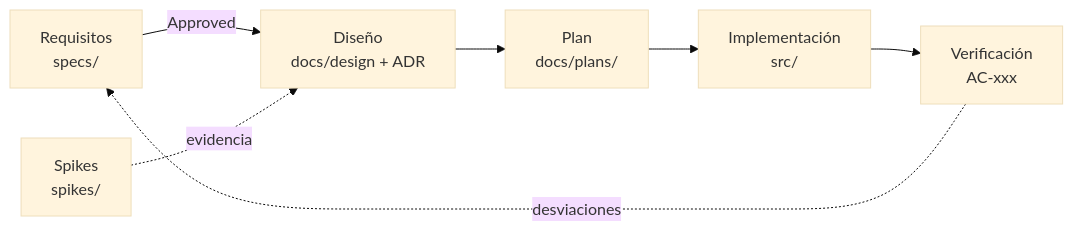
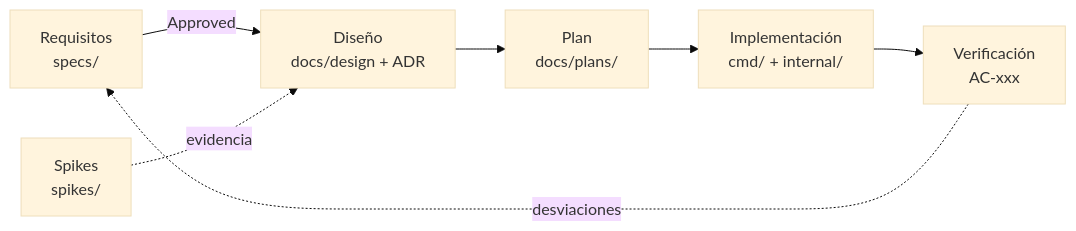
Before and after one commit to ferchosur/hilvan: the diagram in README.md, drawn with Mermaid (base theme). The commit also changed other lines of this file and 105 other files, not shown here.

````diff
--- a/README.md
+++ b/README.md
@@ -49,9 +49,9 @@
 ```mermaid
 flowchart LR
     R[Requisitos<br/>specs/] -->|Approved| D[Diseño<br/>docs/design + ADR]
     S[Spikes<br/>spikes/] -.evidencia.-> D
     D --> P[Plan<br/>docs/plans/]
-    P --> I[Implementación<br/>src/]
+    P --> I[Implementación<br/>cmd/ + internal/]
     I --> V[Verificación<br/>AC-xxx]
     V -.desviaciones.-> R
 ```
````
